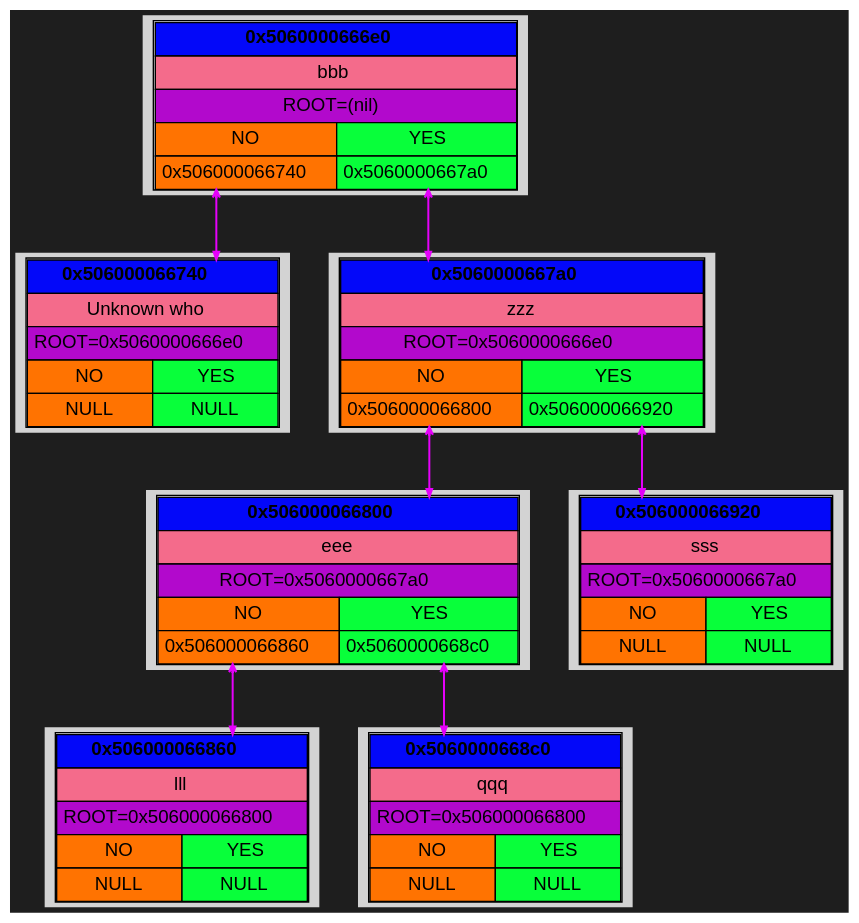
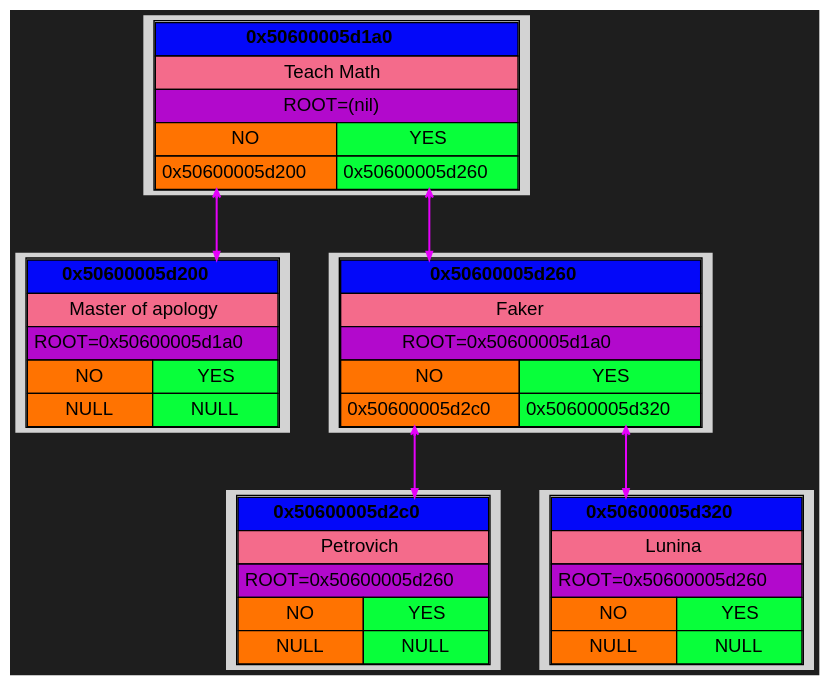
Before and after one commit to Kabuto-Mainer/Akinator: the diagram in DUMPS/DUMP_1/graph.dot, drawn with Graphviz. The commit also changed 43 other files, not shown here.

```diff
--- a/DUMPS/DUMP_1/graph.dot
+++ b/DUMPS/DUMP_1/graph.dot
@@ -1,101 +1,75 @@
 digraph {
   rankdir=UD;
   bgcolor="#1e1e1e"
   splines=ortho;
   nodesep=0.4;
   ranksep=0.6;
   node [shape=plaintext, style=filled, fontname="Helvetica"];
   edge [arrowhead=vee, arrowsize=0.6, penwidth=1.2];
 
-block_0x506000066740 [label=<
+block_0x50600005d200 [label=<
 <TABLE CELLSPACING="0" CELLPADDING="4">
-<TR><TD PORT="root" BGCOLOR="#0308f9ff" COLSPAN="2"><B>0x506000066740</B></TD></TR>
-<TR><TD BGCOLOR="#f46b8bff" COLSPAN="2">Unknown who</TD></TR>
-<TR><TD BGCOLOR="#b209ccff" COLSPAN="2">ROOT=0x5060000666e0</TD></TR>
+<TR><TD PORT="root" BGCOLOR="#0308f9ff" COLSPAN="2"><B>0x50600005d200</B></TD></TR>
+<TR><TD BGCOLOR="#f46b8bff" COLSPAN="2">Master of apology</TD></TR>
+<TR><TD BGCOLOR="#b209ccff" COLSPAN="2">ROOT=0x50600005d1a0</TD></TR>
 <TR><TD BGCOLOR="#ff7301ff">NO</TD><TD BGCOLOR="#08ff3aff">YES</TD></TR>
 <TR>
 <TD PORT="left" BGCOLOR="#ff7301ff">NULL</TD>
 <TD PORT="right" BGCOLOR="#08ff3aff">NULL</TD>
 </TR>
 </TABLE> >];
 
-block_0x506000066860 [label=<
+block_0x50600005d2c0 [label=<
 <TABLE CELLSPACING="0" CELLPADDING="4">
-<TR><TD PORT="root" BGCOLOR="#0308f9ff" COLSPAN="2"><B>0x506000066860</B></TD></TR>
-<TR><TD BGCOLOR="#f46b8bff" COLSPAN="2">lll</TD></TR>
-<TR><TD BGCOLOR="#b209ccff" COLSPAN="2">ROOT=0x506000066800</TD></TR>
+<TR><TD PORT="root" BGCOLOR="#0308f9ff" COLSPAN="2"><B>0x50600005d2c0</B></TD></TR>
+<TR><TD BGCOLOR="#f46b8bff" COLSPAN="2">Petrovich</TD></TR>
+<TR><TD BGCOLOR="#b209ccff" COLSPAN="2">ROOT=0x50600005d260</TD></TR>
 <TR><TD BGCOLOR="#ff7301ff">NO</TD><TD BGCOLOR="#08ff3aff">YES</TD></TR>
 <TR>
 <TD PORT="left" BGCOLOR="#ff7301ff">NULL</TD>
 <TD PORT="right" BGCOLOR="#08ff3aff">NULL</TD>
 </TR>
 </TABLE> >];
 
-block_0x5060000668c0 [label=<
+block_0x50600005d320 [label=<
 <TABLE CELLSPACING="0" CELLPADDING="4">
-<TR><TD PORT="root" BGCOLOR="#0308f9ff" COLSPAN="2"><B>0x5060000668c0</B></TD></TR>
-<TR><TD BGCOLOR="#f46b8bff" COLSPAN="2">qqq</TD></TR>
-<TR><TD BGCOLOR="#b209ccff" COLSPAN="2">ROOT=0x506000066800</TD></TR>
+<TR><TD PORT="root" BGCOLOR="#0308f9ff" COLSPAN="2"><B>0x50600005d320</B></TD></TR>
+<TR><TD BGCOLOR="#f46b8bff" COLSPAN="2">Lunina</TD></TR>
+<TR><TD BGCOLOR="#b209ccff" COLSPAN="2">ROOT=0x50600005d260</TD></TR>
 <TR><TD BGCOLOR="#ff7301ff">NO</TD><TD BGCOLOR="#08ff3aff">YES</TD></TR>
 <TR>
 <TD PORT="left" BGCOLOR="#ff7301ff">NULL</TD>
 <TD PORT="right" BGCOLOR="#08ff3aff">NULL</TD>
 </TR>
 </TABLE> >];
 
-block_0x506000066800 [label=<
+block_0x50600005d260 [label=<
 <TABLE CELLSPACING="0" CELLPADDING="4">
-<TR><TD PORT="root" BGCOLOR="#0308f9ff" COLSPAN="2"><B>0x506000066800</B></TD></TR>
-<TR><TD BGCOLOR="#f46b8bff" COLSPAN="2">eee</TD></TR>
-<TR><TD BGCOLOR="#b209ccff" COLSPAN="2">ROOT=0x5060000667a0</TD></TR>
+<TR><TD PORT="root" BGCOLOR="#0308f9ff" COLSPAN="2"><B>0x50600005d260</B></TD></TR>
+<TR><TD BGCOLOR="#f46b8bff" COLSPAN="2">Faker</TD></TR>
+<TR><TD BGCOLOR="#b209ccff" COLSPAN="2">ROOT=0x50600005d1a0</TD></TR>
 <TR><TD BGCOLOR="#ff7301ff">NO</TD><TD BGCOLOR="#08ff3aff">YES</TD></TR>
 <TR>
-<TD PORT="left" BGCOLOR="#ff7301ff">0x506000066860</TD>
-<TD PORT="right" BGCOLOR="#08ff3aff">0x5060000668c0</TD>
+<TD PORT="left" BGCOLOR="#ff7301ff">0x50600005d2c0</TD>
+<TD PORT="right" BGCOLOR="#08ff3aff">0x50600005d320</TD>
 </TR>
 </TABLE> >];
 
-block_0x506000066920 [label=<
+block_0x50600005d1a0 [label=<
 <TABLE CELLSPACING="0" CELLPADDING="4">
-<TR><TD PORT="root" BGCOLOR="#0308f9ff" COLSPAN="2"><B>0x506000066920</B></TD></TR>
-<TR><TD BGCOLOR="#f46b8bff" COLSPAN="2">sss</TD></TR>
-<TR><TD BGCOLOR="#b209ccff" COLSPAN="2">ROOT=0x5060000667a0</TD></TR>
+<TR><TD PORT="root" BGCOLOR="#0308f9ff" COLSPAN="2"><B>0x50600005d1a0</B></TD></TR>
+<TR><TD BGCOLOR="#f46b8bff" COLSPAN="2">Teach Math</TD></TR>
+<TR><TD BGCOLOR="#b209ccff" COLSPAN="2">ROOT=(nil)</TD></TR>
 <TR><TD BGCOLOR="#ff7301ff">NO</TD><TD BGCOLOR="#08ff3aff">YES</TD></TR>
 <TR>
-<TD PORT="left" BGCOLOR="#ff7301ff">NULL</TD>
-<TD PORT="right" BGCOLOR="#08ff3aff">NULL</TD>
+<TD PORT="left" BGCOLOR="#ff7301ff">0x50600005d200</TD>
+<TD PORT="right" BGCOLOR="#08ff3aff">0x50600005d260</TD>
 </TR>
 </TABLE> >];
 
-block_0x5060000667a0 [label=<
-<TABLE CELLSPACING="0" CELLPADDING="4">
-<TR><TD PORT="root" BGCOLOR="#0308f9ff" COLSPAN="2"><B>0x5060000667a0</B></TD></TR>
-<TR><TD BGCOLOR="#f46b8bff" COLSPAN="2">zzz</TD></TR>
-<TR><TD BGCOLOR="#b209ccff" COLSPAN="2">ROOT=0x5060000666e0</TD></TR>
-<TR><TD BGCOLOR="#ff7301ff">NO</TD><TD BGCOLOR="#08ff3aff">YES</TD></TR>
-<TR>
-<TD PORT="left" BGCOLOR="#ff7301ff">0x506000066800</TD>
-<TD PORT="right" BGCOLOR="#08ff3aff">0x506000066920</TD>
-</TR>
-</TABLE> >];
-
-block_0x5060000666e0 [label=<
-<TABLE CELLSPACING="0" CELLPADDING="4">
-<TR><TD PORT="root" BGCOLOR="#0308f9ff" COLSPAN="2"><B>0x5060000666e0</B></TD></TR>
-<TR><TD BGCOLOR="#f46b8bff" COLSPAN="2">bbb</TD></TR>
-<TR><TD BGCOLOR="#b209ccff" COLSPAN="2">ROOT=(nil)</TD></TR>
-<TR><TD BGCOLOR="#ff7301ff">NO</TD><TD BGCOLOR="#08ff3aff">YES</TD></TR>
-<TR>
-<TD PORT="left" BGCOLOR="#ff7301ff">0x506000066740</TD>
-<TD PORT="right" BGCOLOR="#08ff3aff">0x5060000667a0</TD>
-</TR>
-</TABLE> >];
-
-block_0x506000066800:right -> block_0x5060000668c0:root [color="#e501faff", penwidth = 1.5, arrowsize = 0.6, constraint = true, dir = both];
-block_0x506000066800:left -> block_0x506000066860:root [color="#e501faff", penwidth = 1.5, arrowsize = 0.6, constraint = true, dir = both];
-block_0x5060000667a0:right -> block_0x506000066920:root [color="#e501faff", penwidth = 1.5, arrowsize = 0.6, constraint = true, dir = both];
-block_0x5060000667a0:left -> block_0x506000066800:root [color="#e501faff", penwidth = 1.5, arrowsize = 0.6, constraint = true, dir = both];
-block_0x5060000666e0:right -> block_0x5060000667a0:root [color="#e501faff", penwidth = 1.5, arrowsize = 0.6, constraint = true, dir = both];
-block_0x5060000666e0:left -> block_0x506000066740:root [color="#e501faff", penwidth = 1.5, arrowsize = 0.6, constraint = true, dir = both];
+block_0x50600005d260:right -> block_0x50600005d320:root [color="#e501faff", penwidth = 1.5, arrowsize = 0.6, constraint = true, dir = both];
+block_0x50600005d260:left -> block_0x50600005d2c0:root [color="#e501faff", penwidth = 1.5, arrowsize = 0.6, constraint = true, dir = both];
+block_0x50600005d1a0:right -> block_0x50600005d260:root [color="#e501faff", penwidth = 1.5, arrowsize = 0.6, constraint = true, dir = both];
+block_0x50600005d1a0:left -> block_0x50600005d200:root [color="#e501faff", penwidth = 1.5, arrowsize = 0.6, constraint = true, dir = both];
 
 }
```
